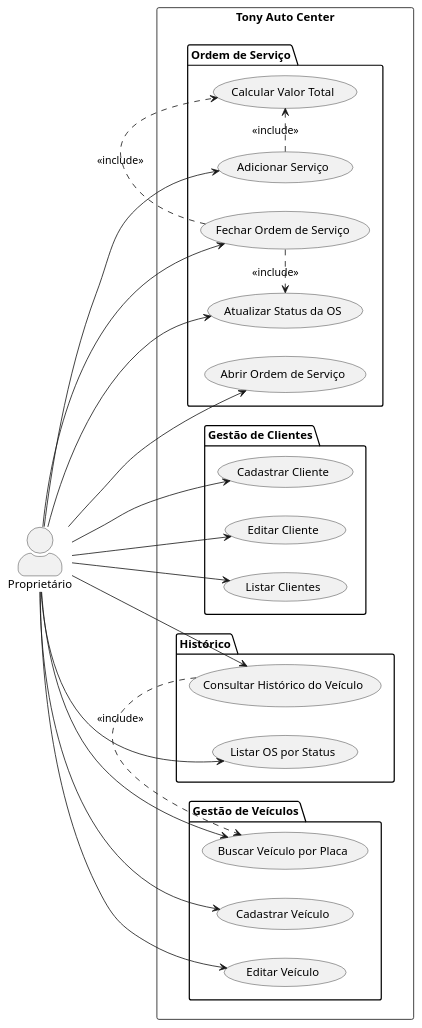
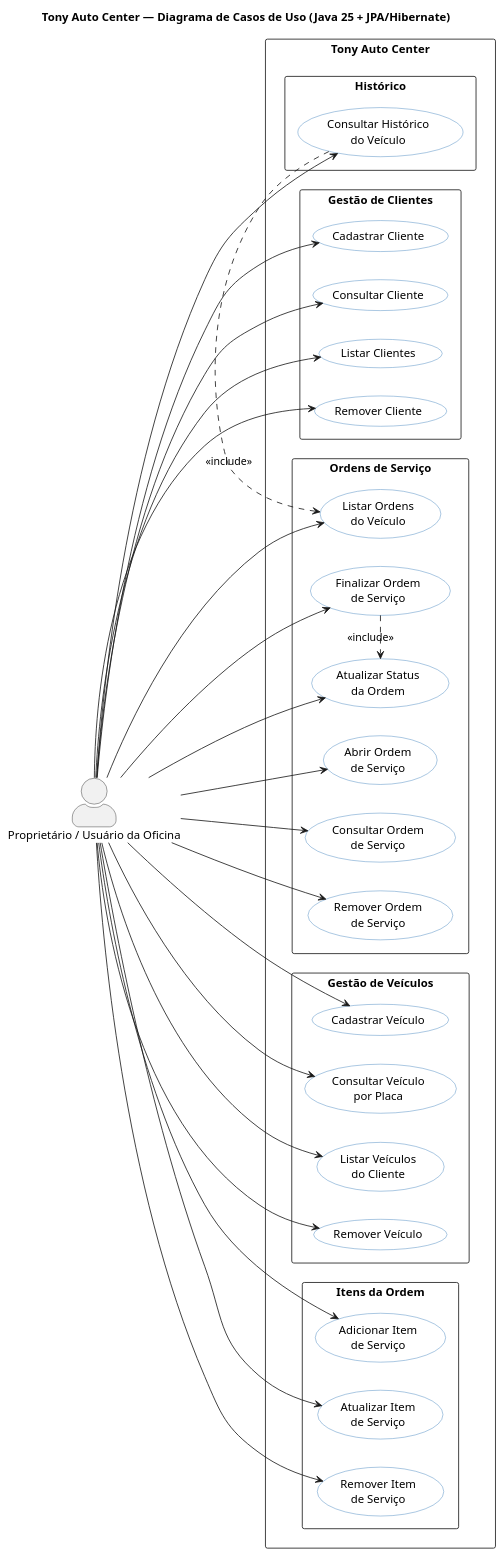
One commit to alagomano/Tony-Auto-Center changed the diagram in src/docs/diagram/use-case-digram.puml. Above: the diagram before and after it, drawn with PlantUML. The commit also changed other lines of this file and 2 other files, not shown here.

Commit message:
docs: atualiza README e diagramas do projeto

```diff
--- a/src/docs/diagram/use-case-digram.puml
+++ b/src/docs/diagram/use-case-digram.puml
@@ -1,59 +2,110 @@
 @startuml
 
 left to right direction
+
 skinparam actorStyle awesome
+skinparam packageStyle rectangle
+skinparam shadowing false
 
-actor "Proprietário" as P
+skinparam usecase {
+    BackgroundColor White
+    BorderColor #2E75B6
+}
+
+title Tony Auto Center — Diagrama de Casos de Uso (Java 25 + JPA/Hibernate)
+
+actor "Proprietário / Usuário da Oficina" as User
 
 rectangle "Tony Auto Center" {
 
-  package "Gestão de Clientes" {
-    usecase "Cadastrar Cliente" as UC01
-    usecase "Editar Cliente" as UC02
-    usecase "Listar Clientes" as UC03
-  }
+    package "Gestão de Clientes" {
 
-  package "Gestão de Veículos" {
-    usecase "Cadastrar Veículo" as UC04
-    usecase "Editar Veículo" as UC05
-    usecase "Buscar Veículo por Placa" as UC06
-  }
+        usecase "Cadastrar Cliente" as UC01
+        usecase "Consultar Cliente" as UC02
+        usecase "Listar Clientes" as UC03
+        usecase "Remover Cliente" as UC04
+    }
 
-  package "Ordem de Serviço" {
-    usecase "Abrir Ordem de Serviço" as UC07
-    usecase "Atualizar Status da OS" as UC08
-    usecase "Adicionar Serviço" as UC09
-    usecase "Fechar Ordem de Serviço" as UC10
-    usecase "Calcular Valor Total" as UC11
-  }
+    package "Gestão de Veículos" {
 
-  package "Histórico" {
-    usecase "Consultar Histórico do Veículo" as UC12
-    usecase "Listar OS por Status" as UC13
-  }
+        usecase "Cadastrar Veículo" as UC05
+        usecase "Consultar Veículo\npor Placa" as UC06
+        usecase "Listar Veículos\ndo Cliente" as UC07
+        usecase "Remover Veículo" as UC08
+    }
 
+    package "Ordens de Serviço" {
+
+        usecase "Abrir Ordem\nde Serviço" as UC09
+        usecase "Consultar Ordem\nde Serviço" as UC10
+        usecase "Listar Ordens\ndo Veículo" as UC11
+        usecase "Atualizar Status\nda Ordem" as UC12
+        usecase "Finalizar Ordem\nde Serviço" as UC13
+        usecase "Remover Ordem\nde Serviço" as UC14
+    }
+
+    package "Itens da Ordem" {
+
+        usecase "Adicionar Item\nde Serviço" as UC15
+        usecase "Atualizar Item\nde Serviço" as UC16
+        usecase "Remover Item\nde Serviço" as UC17
+    }
+
+    package "Histórico" {
+
+        usecase "Consultar Histórico\ndo Veículo" as UC18
+    }
 }
 
-P --> UC01
-P --> UC02
-P --> UC03
+' =========================================================
+' CLIENTES
+' =========================================================
 
-P --> UC04
-P --> UC05
-P --> UC06
+User --> UC01
+User --> UC02
+User --> UC03
+User --> UC04
 
-P --> UC07
-P --> UC08
-P --> UC09
-P --> UC10
+' =========================================================
+' VEÍCULOS
+' =========================================================
 
-P --> UC12
-P --> UC13
+User --> UC05
+User --> UC06
+User --> UC07
+User --> UC08
 
+' =========================================================
+' ORDENS DE SERVIÇO
+' =========================================================
 
-UC09 .> UC11 : <<include>>
-UC10 .> UC11 : <<include>>
-UC10 .> UC08 : <<include>>
-UC12 .> UC06 : <<include>>
+User --> UC09
+User --> UC10
+User --> UC11
+User --> UC12
+User --> UC13
+User --> UC14
+
+' =========================================================
+' ITENS DA ORDEM
+' =========================================================
+
+User --> UC15
+User --> UC16
+User --> UC17
+
+' =========================================================
+' HISTÓRICO
+' =========================================================
+
+User --> UC18
+
+' =========================================================
+' RELACIONAMENTOS
+' =========================================================
+
+UC18 .> UC11 : <<include>>
+
+UC13 .> UC12 : <<include>>
 
 @enduml
```
